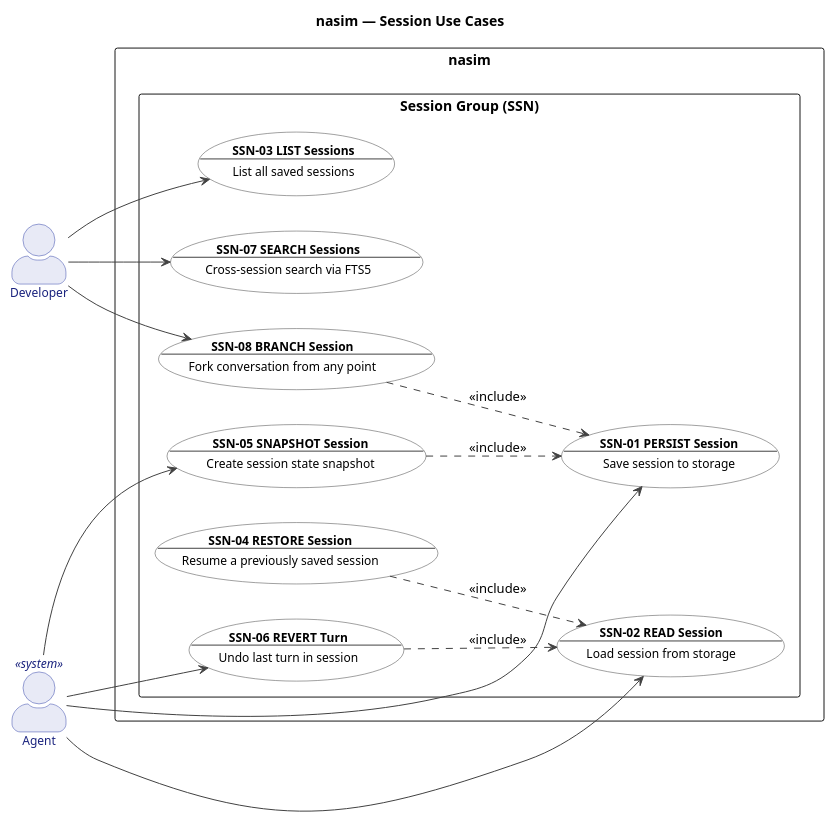
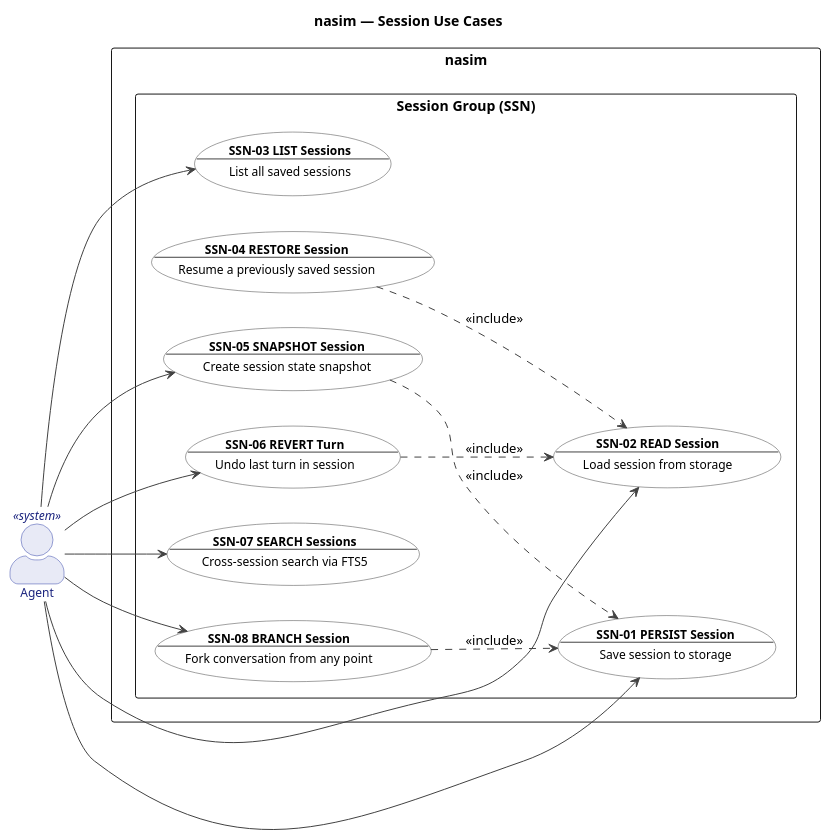
The first of 22 diagrams in UC.md (salimnamvar/nasim), drawn with PlantUML before and after one commit. The commit also changed other lines of this file and 9 other files, not shown here.

```diff
--- a/UC.md
+++ b/UC.md
@@ -197,7 +206,6 @@
 ' Actors
 ' ============================================================
 
-actor "Developer" as Developer
 actor "Agent" as Agent <<system>>
 
 ' ============================================================
@@ -221,13 +229,13 @@
 ' Actor -> Use Case Associations
 ' ============================================================
 
-Developer --> SSN03
-Developer --> SSN07
-Developer --> SSN08
 Agent --> SSN01
 Agent --> SSN02
+Agent --> SSN03
 Agent --> SSN05
 Agent --> SSN06
+Agent --> SSN07
+Agent --> SSN08
 
 ' ============================================================
 ' Relationships
```
